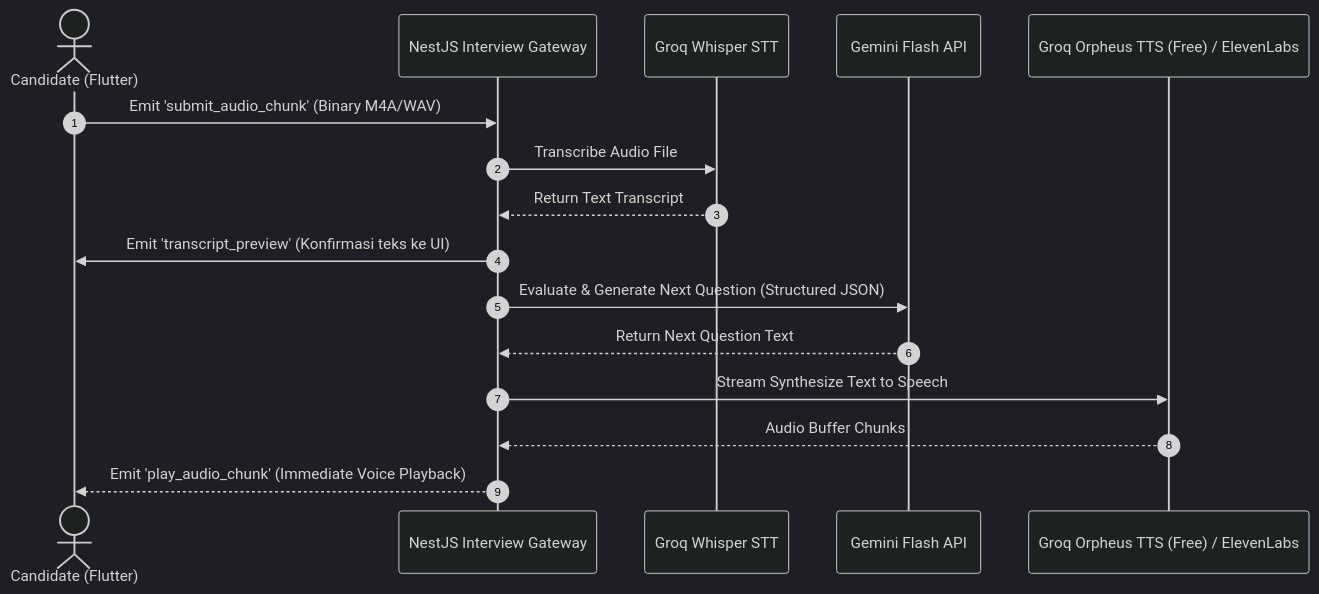
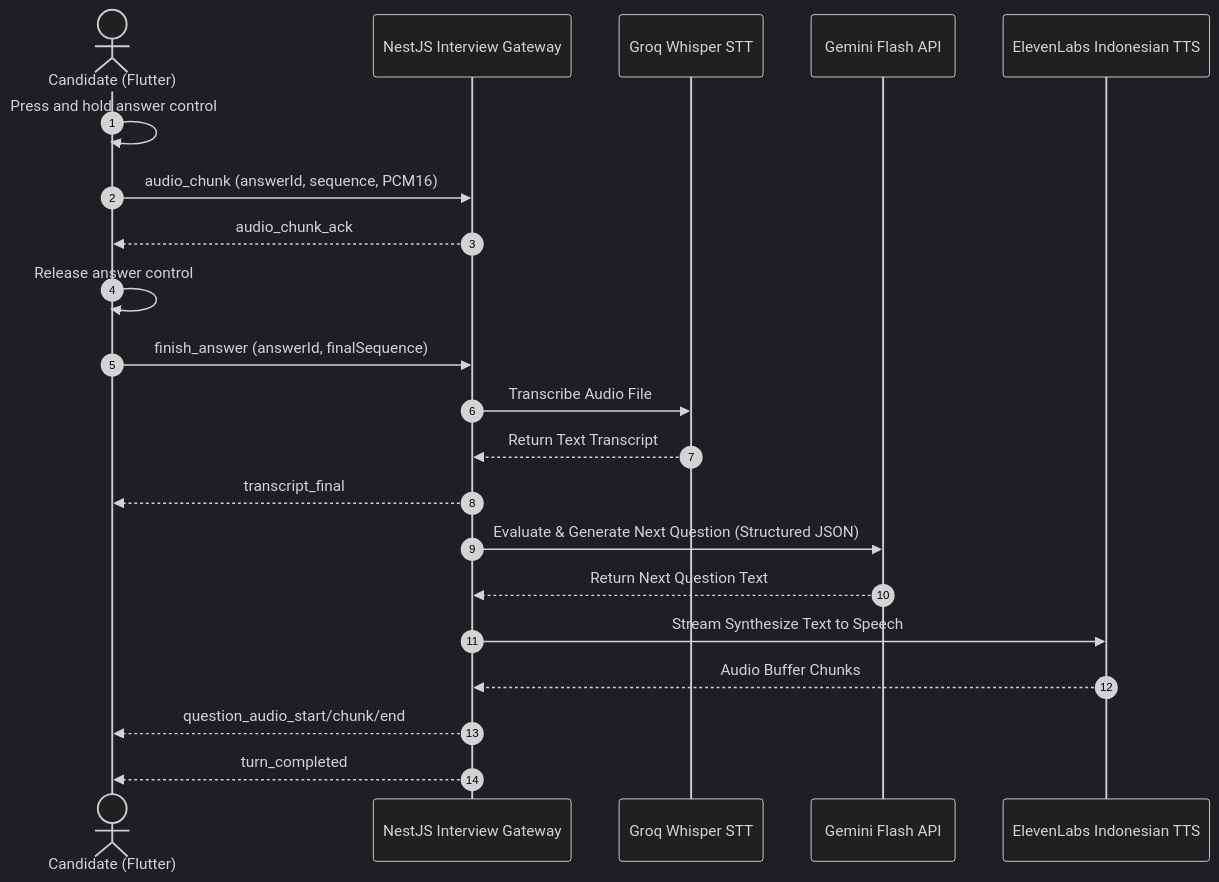
The third of 3 diagrams in docs/PRD-AI-INTERVIEW.md (ahmdtrdi/yudha-app), drawn with Mermaid (dark theme) before and after one commit. The commit also changed other lines of this file and 30 other files, not shown here.

````diff
--- a/docs/PRD-AI-INTERVIEW.md
+++ b/docs/PRD-AI-INTERVIEW.md
@@ -148,19 +148,24 @@
 ```mermaid
 sequenceDiagram
     autonumber
     actor User as Candidate (Flutter)
     participant WS as NestJS Interview Gateway
     participant Groq as Groq Whisper STT
     participant Gemini as Gemini Flash API
-    participant TTS as Groq Orpheus TTS (Free) / ElevenLabs
+    participant TTS as ElevenLabs Indonesian TTS
 
-    User->>WS: Emit 'submit_audio_chunk' (Binary M4A/WAV)
+    User->>User: Press and hold answer control
+    User->>WS: audio_chunk (answerId, sequence, PCM16)
+    WS-->>User: audio_chunk_ack
+    User->>User: Release answer control
+    User->>WS: finish_answer (answerId, finalSequence)
     WS->>Groq: Transcribe Audio File
     Groq-->>WS: Return Text Transcript
-    WS->>User: Emit 'transcript_preview' (Konfirmasi teks ke UI)
+    WS-->>User: transcript_final
     WS->>Gemini: Evaluate & Generate Next Question (Structured JSON)
     Gemini-->>WS: Return Next Question Text
     WS->>TTS: Stream Synthesize Text to Speech
     TTS-->>WS: Audio Buffer Chunks
-    WS-->>User: Emit 'play_audio_chunk' (Immediate Voice Playback)
+    WS-->>User: question_audio_start/chunk/end
+    WS-->>User: turn_completed
 ```
````
